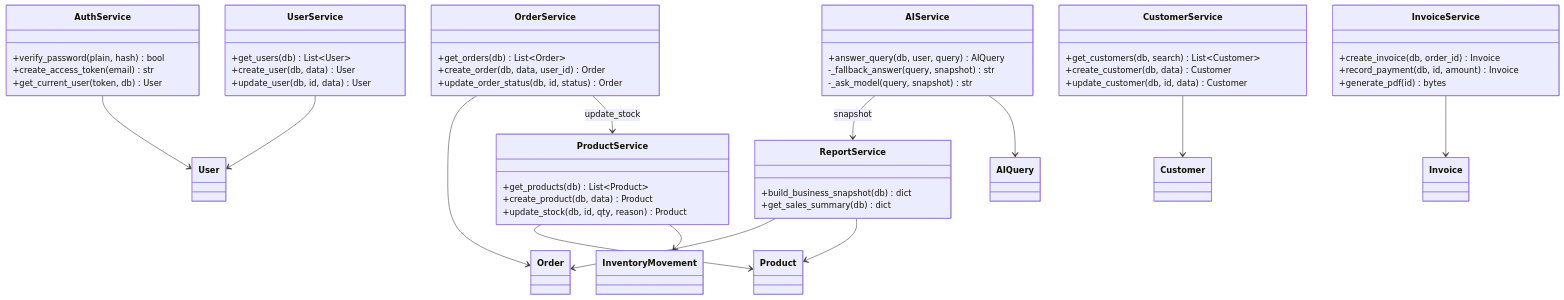
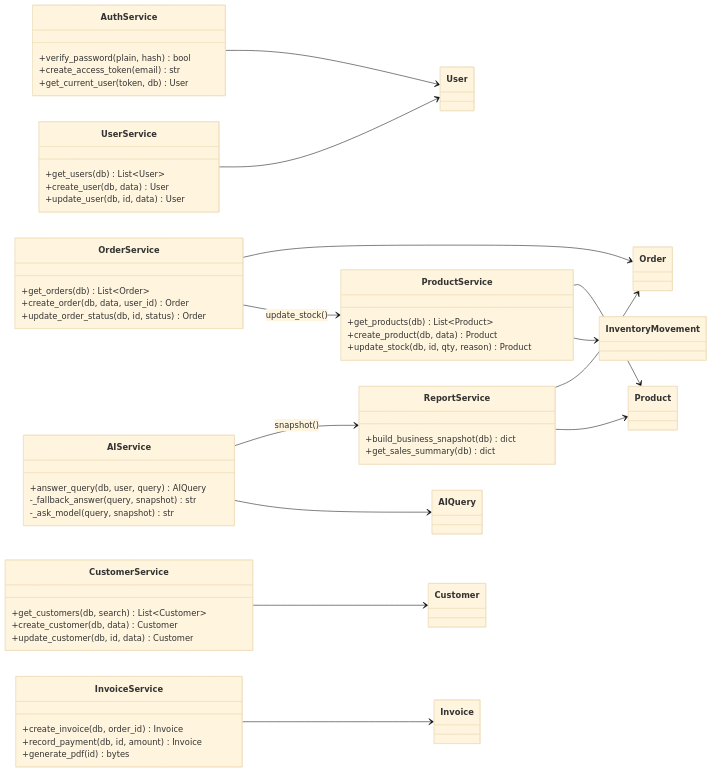
The diagram in docs/design-diagrams/12-class-diagram-services.mmd (hyperS777/BizAI), drawn with Mermaid before and after one commit. The commit also changed 31 other files, not shown here.

Commit message:
docs: add system design diagrams and Visio rebuild guides

```diff
--- a/docs/design-diagrams/12-class-diagram-services.mmd
+++ b/docs/design-diagrams/12-class-diagram-services.mmd
@@ -1,62 +1,63 @@
+%%{init: {'theme': 'base', 'class': {'rankSpacing': 150, 'nodeSpacing': 80}}}%%
 classDiagram
-    direction TB
+    direction LR
 
     class AuthService {
         +verify_password(plain, hash) bool
         +create_access_token(email) str
         +get_current_user(token, db) User
     }
 
     class UserService {
         +get_users(db) List~User~
         +create_user(db, data) User
         +update_user(db, id, data) User
     }
 
     class CustomerService {
         +get_customers(db, search) List~Customer~
         +create_customer(db, data) Customer
         +update_customer(db, id, data) Customer
     }
 
     class ProductService {
         +get_products(db) List~Product~
         +create_product(db, data) Product
         +update_stock(db, id, qty, reason) Product
     }
 
     class OrderService {
         +get_orders(db) List~Order~
         +create_order(db, data, user_id) Order
         +update_order_status(db, id, status) Order
     }
 
     class InvoiceService {
         +create_invoice(db, order_id) Invoice
         +record_payment(db, id, amount) Invoice
         +generate_pdf(id) bytes
     }
 
     class ReportService {
         +build_business_snapshot(db) dict
         +get_sales_summary(db) dict
     }
 
     class AIService {
         +answer_query(db, user, query) AIQuery
         -_fallback_answer(query, snapshot) str
         -_ask_model(query, snapshot) str
     }
 
     AuthService --> User
     UserService --> User
     CustomerService --> Customer
     ProductService --> Product
     ProductService --> InventoryMovement
     OrderService --> Order
-    OrderService --> ProductService : update_stock
+    OrderService --> ProductService : update_stock()
     InvoiceService --> Invoice
     ReportService --> Order
     ReportService --> Product
-    AIService --> ReportService : snapshot
+    AIService --> ReportService : snapshot()
     AIService --> AIQuery
```
